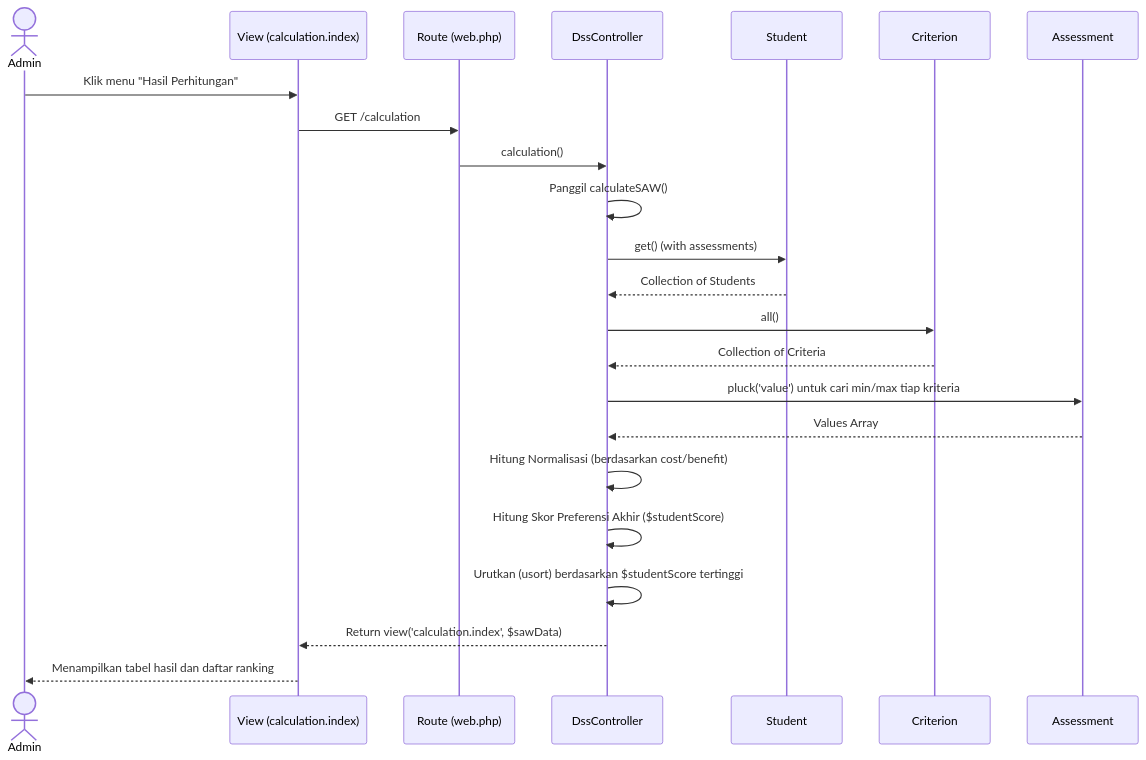
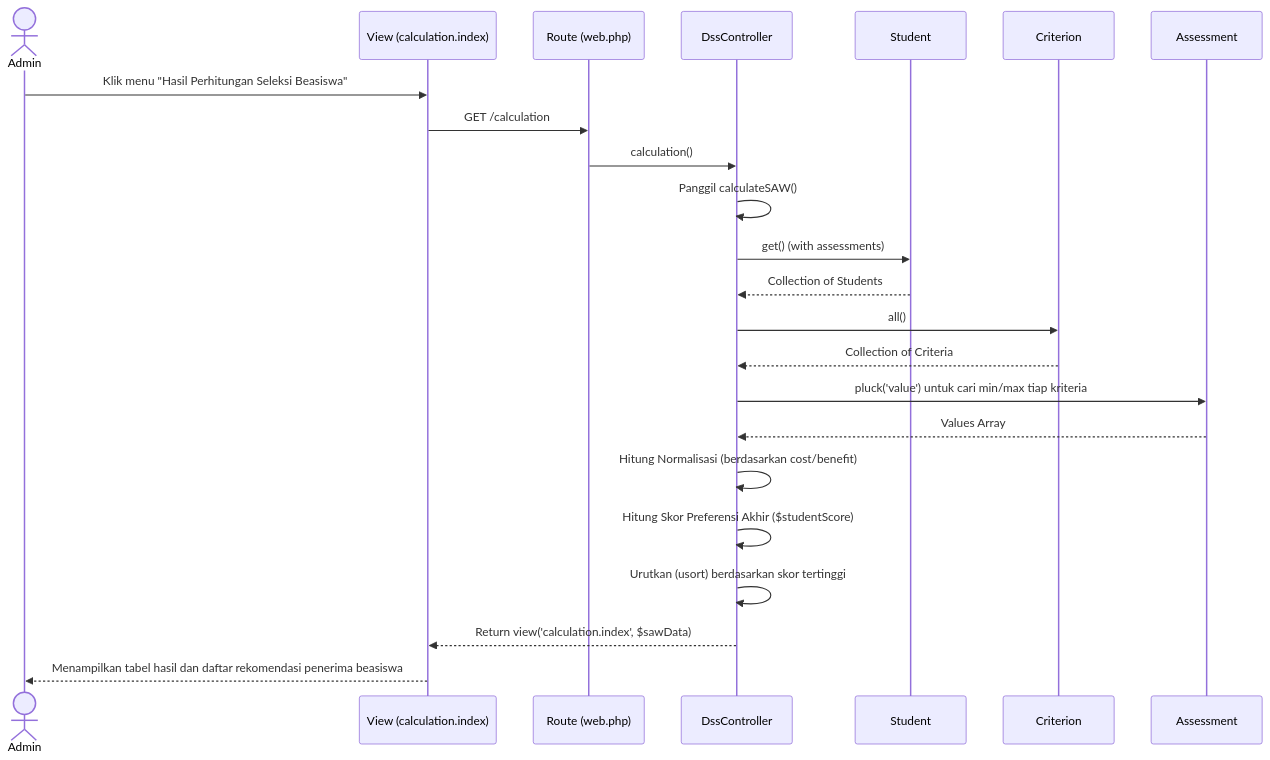
The third of 3 diagrams in rancangan_sistem/sequence_diagram.md (pujo698/tugas-spk), drawn with Mermaid before and after one commit. The commit also changed other lines of this file and 15 other files, not shown here.

Commit message:
docs: update documentation to reflect DSS Rekomendasi Penerima Beasiswa Akademik

````diff
--- a/rancangan_sistem/sequence_diagram.md
+++ b/rancangan_sistem/sequence_diagram.md
@@ -63,30 +63,30 @@
 ```mermaid
 sequenceDiagram
     actor Admin
     participant View as View (calculation.index)
     participant Route as Route (web.php)
     participant Controller as DssController
     participant StuModel as Student
     participant CriModel as Criterion
     participant AssModel as Assessment
 
-    Admin->>View: Klik menu "Hasil Perhitungan"
+    Admin->>View: Klik menu "Hasil Perhitungan Seleksi Beasiswa"
     View->>Route: GET /calculation
     Route->>Controller: calculation()
 
     Controller->>Controller: Panggil calculateSAW()
     Controller->>StuModel: get() (with assessments)
     StuModel-->>Controller: Collection of Students
     Controller->>CriModel: all()
     CriModel-->>Controller: Collection of Criteria
 
     Controller->>AssModel: pluck('value') untuk cari min/max tiap kriteria
     AssModel-->>Controller: Values Array
 
     Controller->>Controller: Hitung Normalisasi (berdasarkan cost/benefit)
     Controller->>Controller: Hitung Skor Preferensi Akhir ($studentScore)
-    Controller->>Controller: Urutkan (usort) berdasarkan $studentScore tertinggi
+    Controller->>Controller: Urutkan (usort) berdasarkan skor tertinggi
 
     Controller-->>View: Return view('calculation.index', $sawData)
-    View-->>Admin: Menampilkan tabel hasil dan daftar ranking
+    View-->>Admin: Menampilkan tabel hasil dan daftar rekomendasi penerima beasiswa
 ```
````
